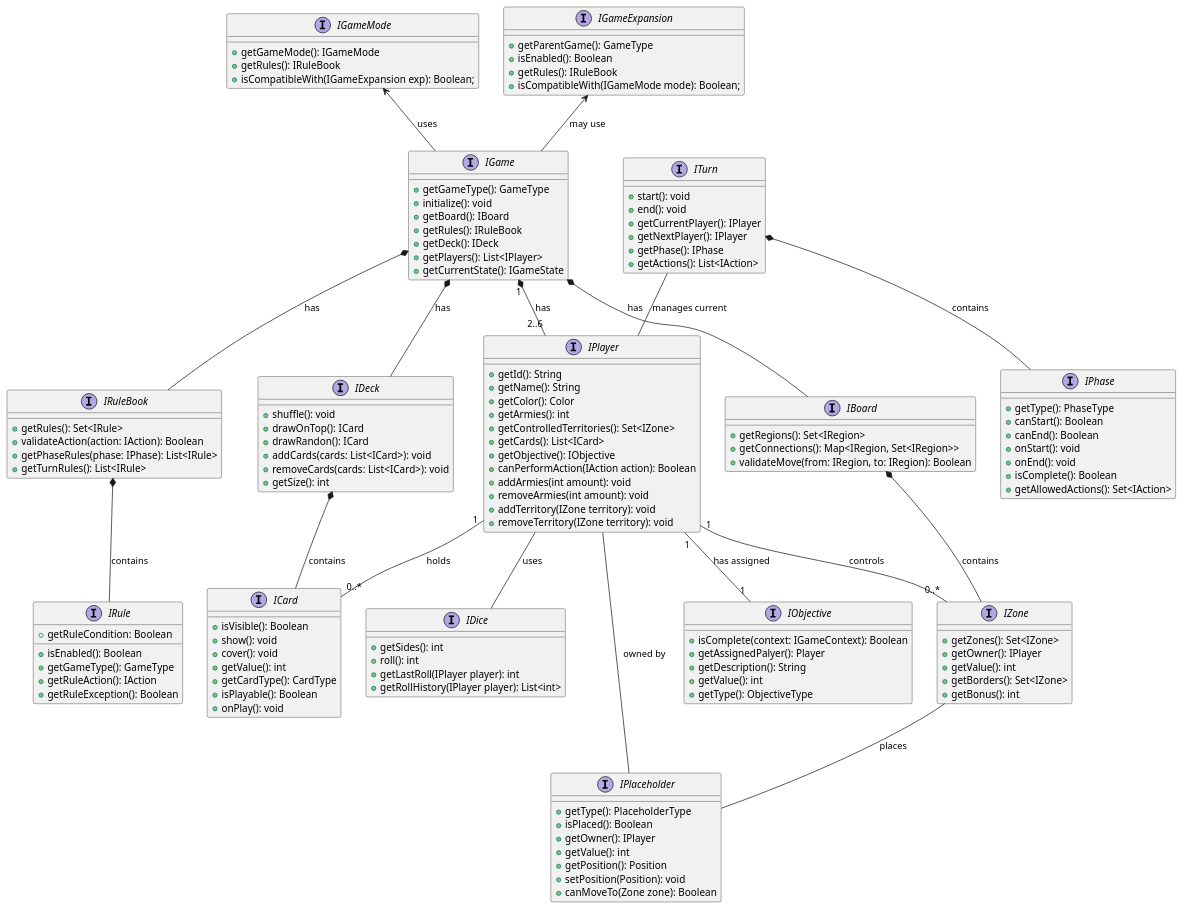
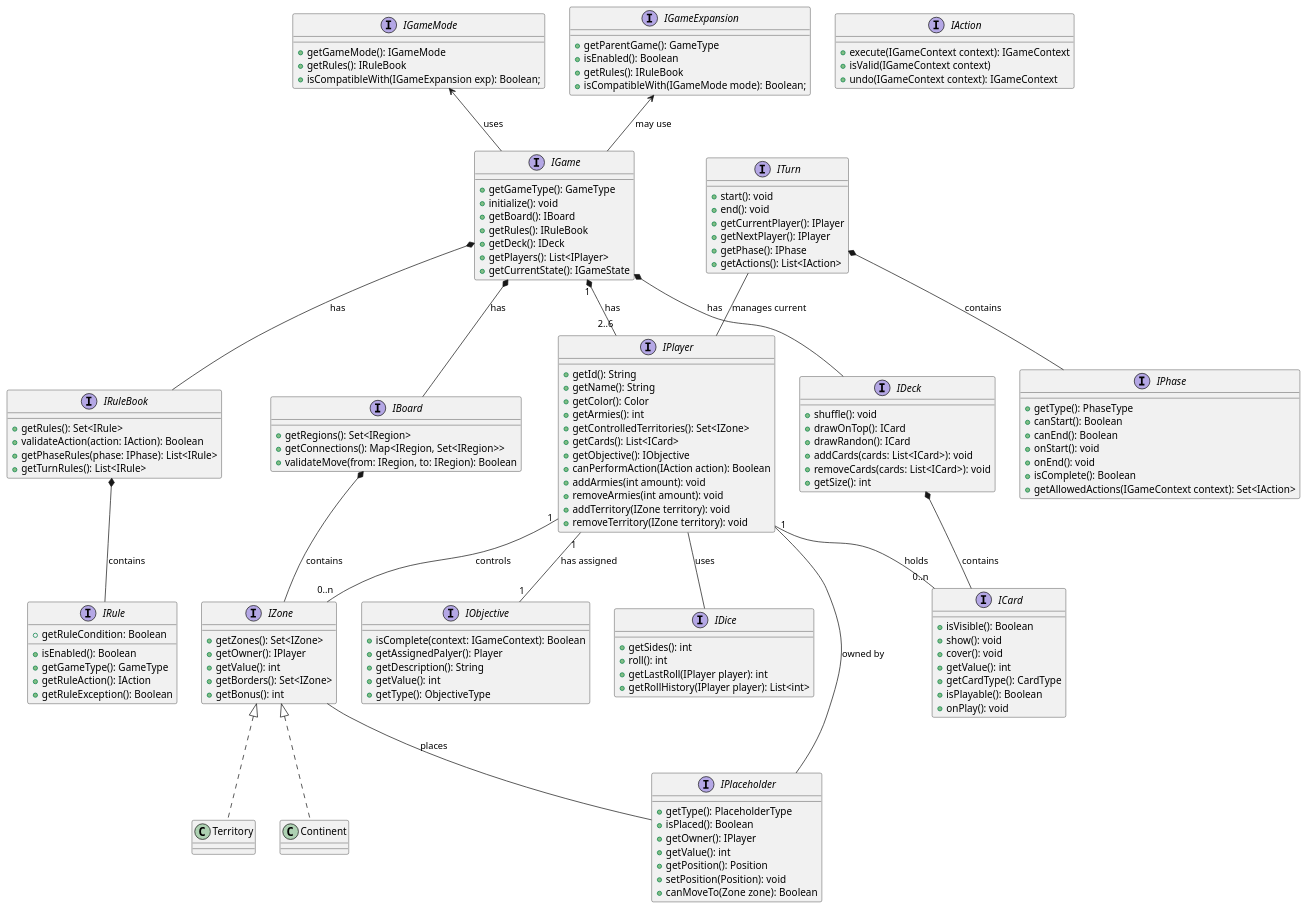
The diagram in Docs/Risiko.puml (mborgogelli/RisikoPMO), drawn with PlantUML before and after one commit.

Commit message:
Added IAction interface to UML

```diff
--- a/Docs/Risiko.puml
+++ b/Docs/Risiko.puml
@@ -1,153 +1,161 @@
 @startuml
 
 ' Interfaces
 interface IGameMode {
     +getGameMode(): IGameMode
     +getRules(): IRuleBook
     +isCompatibleWith(IGameExpansion exp): Boolean;
 }
 
 interface IGameExpansion {
     +getParentGame(): GameType
     +isEnabled(): Boolean
     +getRules(): IRuleBook
     +isCompatibleWith(IGameMode mode): Boolean;
 }
 
 interface IGame {
     +getGameType(): GameType
     +initialize(): void
     +getBoard(): IBoard
     +getRules(): IRuleBook
     +getDeck(): IDeck
     +getPlayers(): List<IPlayer>
     +getCurrentState(): IGameState
 }
 
 interface IPlayer {
     +getId(): String
     +getName(): String
     +getColor(): Color
     +getArmies(): int
     +getControlledTerritories(): Set<IZone>
     +getCards(): List<ICard>
     +getObjective(): IObjective
     +canPerformAction(IAction action): Boolean
     +addArmies(int amount): void
     +removeArmies(int amount): void
     +addTerritory(IZone territory): void
     +removeTerritory(IZone territory): void
 }
 
 interface IRuleBook {
     +getRules(): Set<IRule>
     +validateAction(action: IAction): Boolean
     +getPhaseRules(phase: IPhase): List<IRule>
     +getTurnRules(): List<IRule>
 }
 
 interface IRule {
     +isEnabled(): Boolean
     +getGameType(): GameType
     +getRuleCondition: Boolean
     +getRuleAction(): IAction
     +getRuleException(): Boolean
 }
 
 interface IBoard {
     +getRegions(): Set<IRegion>
     +getConnections(): Map<IRegion, Set<IRegion>>
     +validateMove(from: IRegion, to: IRegion): Boolean
 }
 
 interface IZone {
     +getZones(): Set<IZone>
     +getOwner(): IPlayer
     +getValue(): int
     +getBorders(): Set<IZone>
     +getBonus(): int
 }
 
 interface IPlaceholder {
     +getType(): PlaceholderType
     +isPlaced(): Boolean
     +getOwner(): IPlayer
     +getValue(): int
     +getPosition(): Position
     +setPosition(Position): void
     +canMoveTo(Zone zone): Boolean
 }
 
 interface IObjective {
     +isComplete(context: IGameContext): Boolean
     +getAssignedPalyer(): Player
     +getDescription(): String
     +getValue(): int
     +getType(): ObjectiveType
 }
 
 interface ICard {
     +isVisible(): Boolean
     +show(): void
     +cover(): void
     +getValue(): int
     +getCardType(): CardType
     +isPlayable(): Boolean
     +onPlay(): void
 }
 
 interface IDice {
     +getSides(): int
     +roll(): int
     +getLastRoll(IPlayer player): int
     +getRollHistory(IPlayer player): List<int>
 }
 
 interface ITurn {
     +start(): void
     +end(): void
     +getCurrentPlayer(): IPlayer
     +getNextPlayer(): IPlayer
     +getPhase(): IPhase
     +getActions(): List<IAction>
 }
 
 interface IPhase {
     +getType(): PhaseType
     +canStart(): Boolean
     +canEnd(): Boolean
     +onStart(): void
     +onEnd(): void
     +isComplete(): Boolean
-    +getAllowedActions(): Set<IAction>
+    +getAllowedActions(IGameContext context): Set<IAction>
 }
 
 interface IDeck {
     +shuffle(): void
     +drawOnTop(): ICard
     +drawRandon(): ICard
     +addCards(cards: List<ICard>): void
     +removeCards(cards: List<ICard>): void
     +getSize(): int
+}
+
+interface IAction{
+	+execute(IGameContext context): IGameContext
+	+isValid(IGameContext context)
+	+undo(IGameContext context): IGameContext
 }
 
 ' Relationships
 IGameMode <-- IGame : uses
 IGameExpansion <-- IGame : may use
 IGame *-- IBoard : has
 IGame *-- IRuleBook : has
 IGame *-- IDeck : has
 ITurn *-- IPhase : contains
 IBoard *-- IZone : contains
 IZone -- IPlaceholder : places
 IDeck *-- ICard : contains
 IRuleBook *-- IRule : contains
 IPlayer -- IDice : uses
 IGame "1" *-- "2..6" IPlayer : has
-IPlayer "1" -- "0..*" IZone : controls
-IPlayer "1" -- "0..*" ICard : holds
+IPlayer "1" -- "0..n" IZone : controls
+IPlayer "1" -- "0..n" ICard : holds
 IPlayer "1" -- "1" IObjective : has assigned
 ITurn -- IPlayer : manages current
 IPlaceholder -- IPlayer : owned by
+Class Continent implements IZone
+Class Territory implements IZone
 
 @enduml
```
